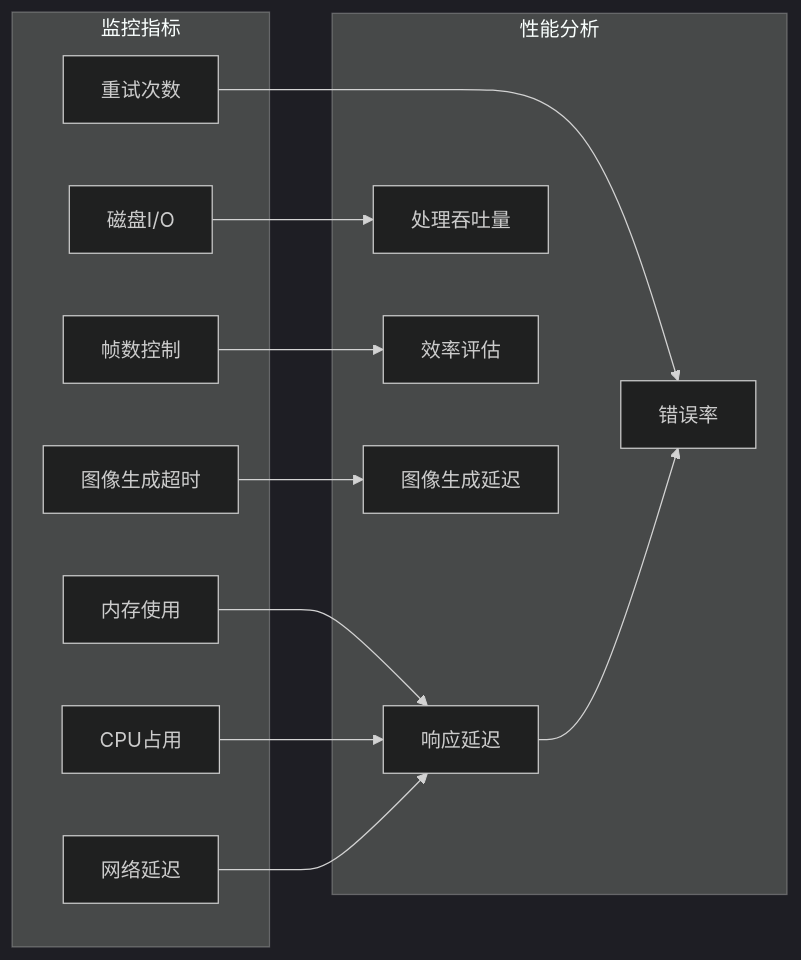
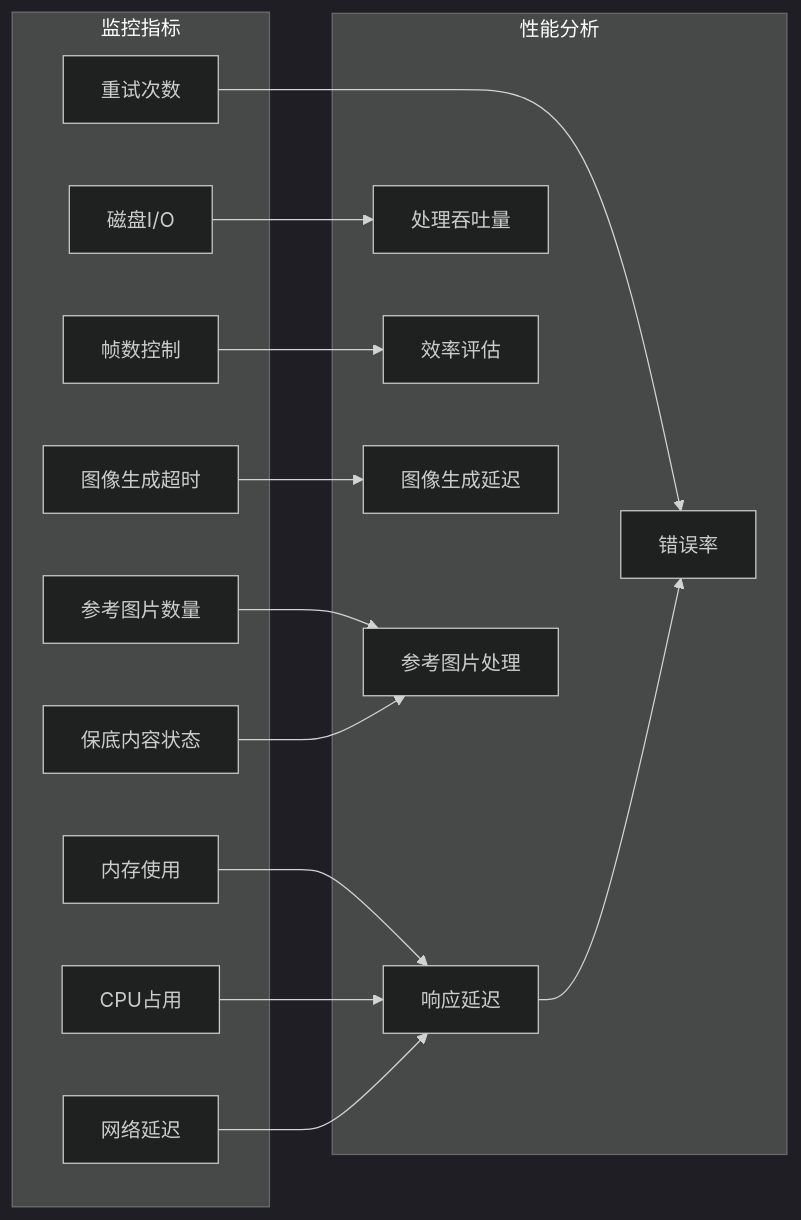
Diagram 16 of 16 in .qoder/repowiki/zh/content/配置和定制/配置和定制.md (WongMingJiu/landingpage-test-hero-page), drawn with Mermaid (dark theme) before and after one commit. The commit also changed other lines of this file and 6 other files, not shown here.

````diff
--- a/.qoder/repowiki/zh/content/配置和定制/配置和定制.md
+++ b/.qoder/repowiki/zh/content/配置和定制/配置和定制.md
@@ -594,27 +802,32 @@
 ```mermaid
 graph LR
 subgraph "监控指标"
 Memory[内存使用]
 CPU[CPU占用]
 Network[网络延迟]
 Disk[磁盘I/O]
 Frames[帧数控制]
 Retries[重试次数]
 ImageTimeout[图像生成超时]
+RefImages[参考图片数量]
+FallbackContent[保底内容状态]
 end
 subgraph "性能分析"
 Latency[响应延迟]
 Throughput[处理吞吐量]
 ErrorRate[错误率]
 Efficiency[效率评估]
 ImageLatency[图像生成延迟]
+RefProcessing[参考图片处理]
 end
 Memory --> Latency
 CPU --> Latency
 Network --> Latency
 Disk --> Throughput
 Frames --> Efficiency
 Retries --> ErrorRate
 ImageTimeout --> ImageLatency
+RefImages --> RefProcessing
+FallbackContent --> RefProcessing
 Latency --> ErrorRate
 ```
````
